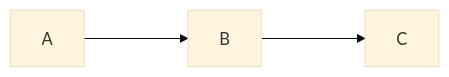
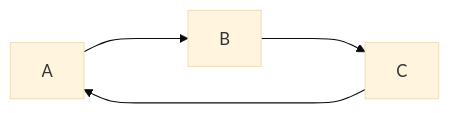
One commit to singhanmolpreet/mermaids changed the diagram in README.md. Above: the diagram before and after it, drawn with Mermaid (base theme).

````diff
--- a/README.md
+++ b/README.md
@@ -3,5 +3,6 @@
 ```mermaid
 flowchart LR
     A ---> B
     B ---> C
+    C ---> A
 ```
````
